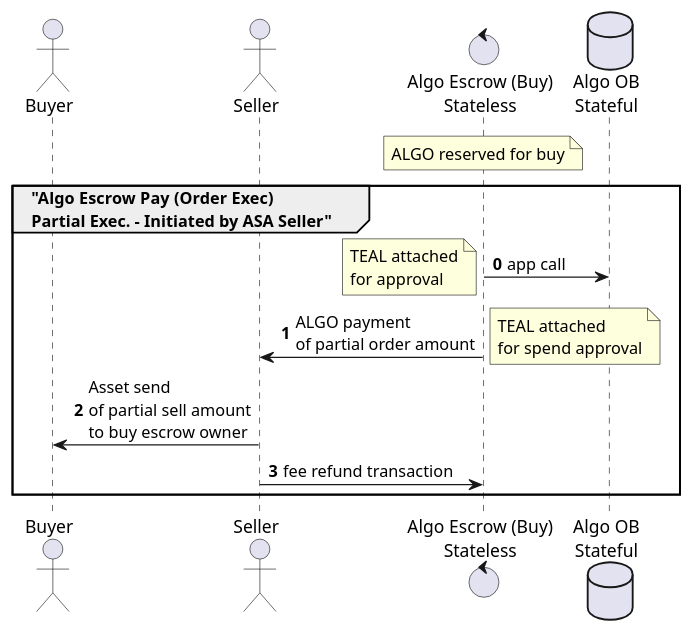
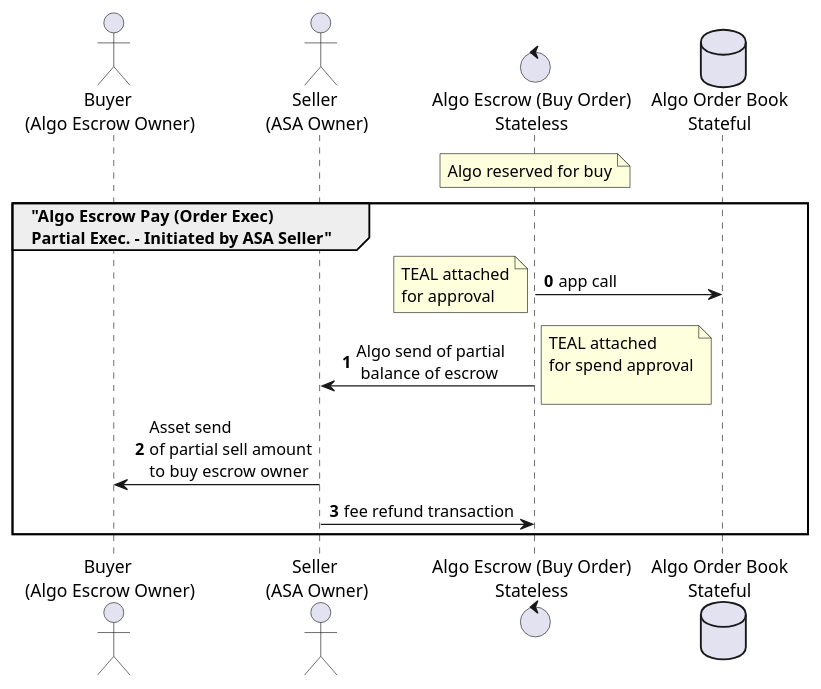
One commit to algodex/algodex-architecture changed the diagram in diagrams/algo_escrow_execute_partial.puml. Above: the diagram before and after it, drawn with PlantUML. The commit also changed 18 other files, not shown here.

Commit message:
Add architecture updates

```diff
--- a/diagrams/algo_escrow_execute_partial.puml
+++ b/diagrams/algo_escrow_execute_partial.puml
@@ -1,18 +1,17 @@
 @startuml
-actor Buyer
-actor Seller
-control "Algo Escrow (Buy)\nStateless" as AlgoEscrow
-database "Algo OB\nStateful" as AlgoOB
-note over AlgoEscrow: ALGO reserved for buy
+actor "Buyer \n(Algo Escrow Owner)" as Buyer
+actor "Seller \n(ASA Owner)" as Seller
+control "Algo Escrow (Buy Order)\nStateless" as AlgoEscrow
+database "Algo Order Book\nStateful" as AlgoOB
+note over AlgoEscrow: Algo reserved for buy
 
 group "Algo Escrow Pay (Order Exec)\nPartial Exec. - Initiated by ASA Seller"
 autonumber 0
 AlgoEscrow -> AlgoOB: app call
 note left: TEAL attached\nfor approval
-AlgoEscrow -> Seller: ALGO payment\nof partial order amount
-note right: TEAL attached\nfor spend approval
+AlgoEscrow -> Seller: Algo send of partial\n balance of escrow
+note right: TEAL attached\nfor spend approval\n
 Seller -> Buyer: Asset send\nof partial sell amount\nto buy escrow owner
 Seller -> AlgoEscrow: fee refund transaction
 end
-
 @enduml
```
